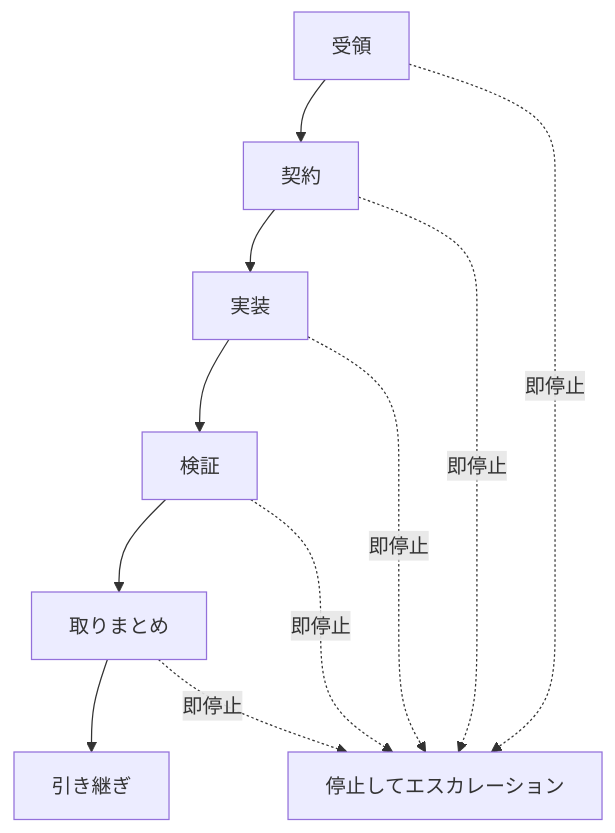
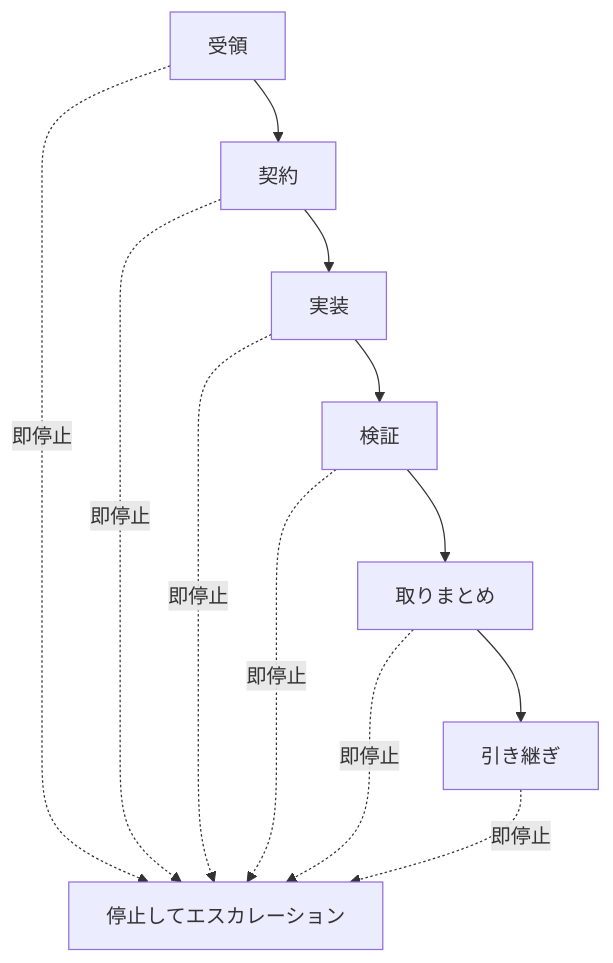
The diagram in docs_agent_ja/02_AUTONOMOUS_DEV_PROTOCOL.md (PLAYER1-r7/MultiCloudProject), drawn with Mermaid before and after one commit. The commit also changed other lines of this file and 7 other files, not shown here.

````diff
--- a/docs_agent_ja/02_AUTONOMOUS_DEV_PROTOCOL.md
+++ b/docs_agent_ja/02_AUTONOMOUS_DEV_PROTOCOL.md
@@ -9,13 +9,14 @@
 ```mermaid
 flowchart TD
 	A[受領] --> B[契約]
 	B --> C[実装]
 	C --> D[検証]
 	D --> E[取りまとめ]
 	E --> F[引き継ぎ]
 	A -. 即停止 .-> X[停止してエスカレーション]
 	B -. 即停止 .-> X
 	C -. 即停止 .-> X
 	D -. 即停止 .-> X
 	E -. 即停止 .-> X
+	F -. 即停止 .-> X
 ```
````
